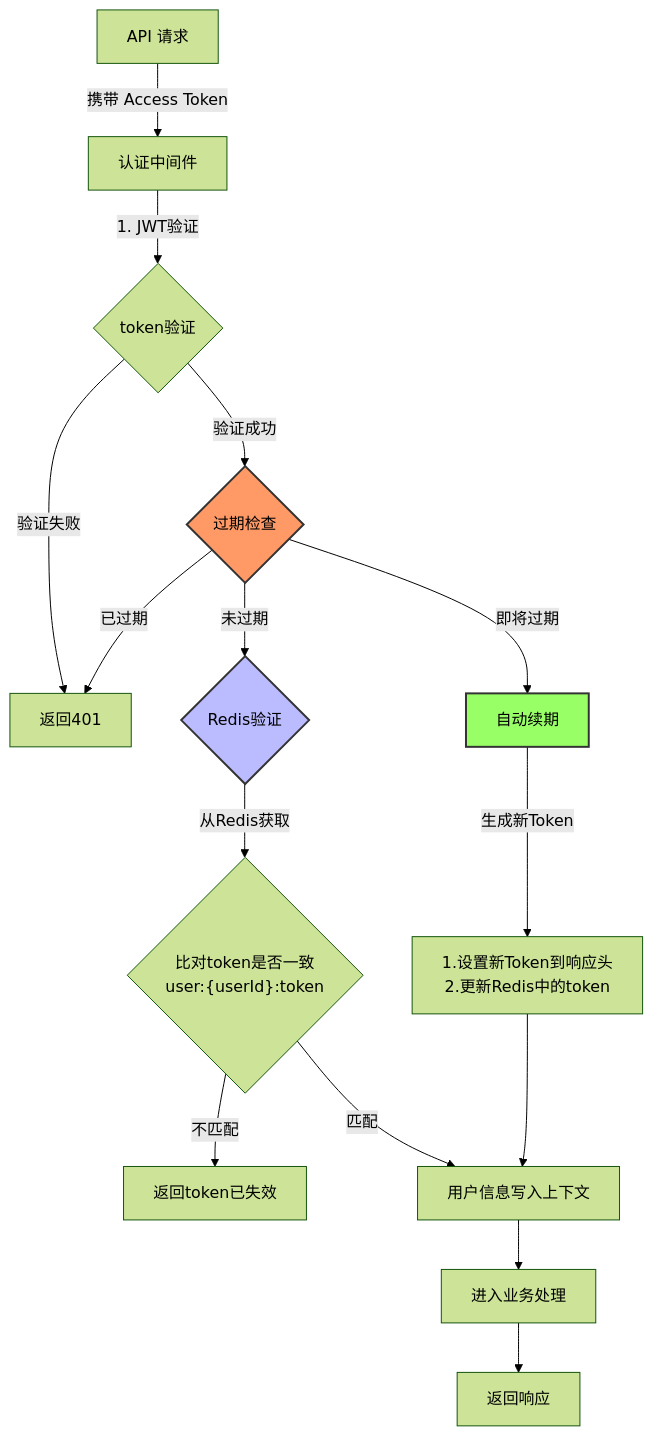
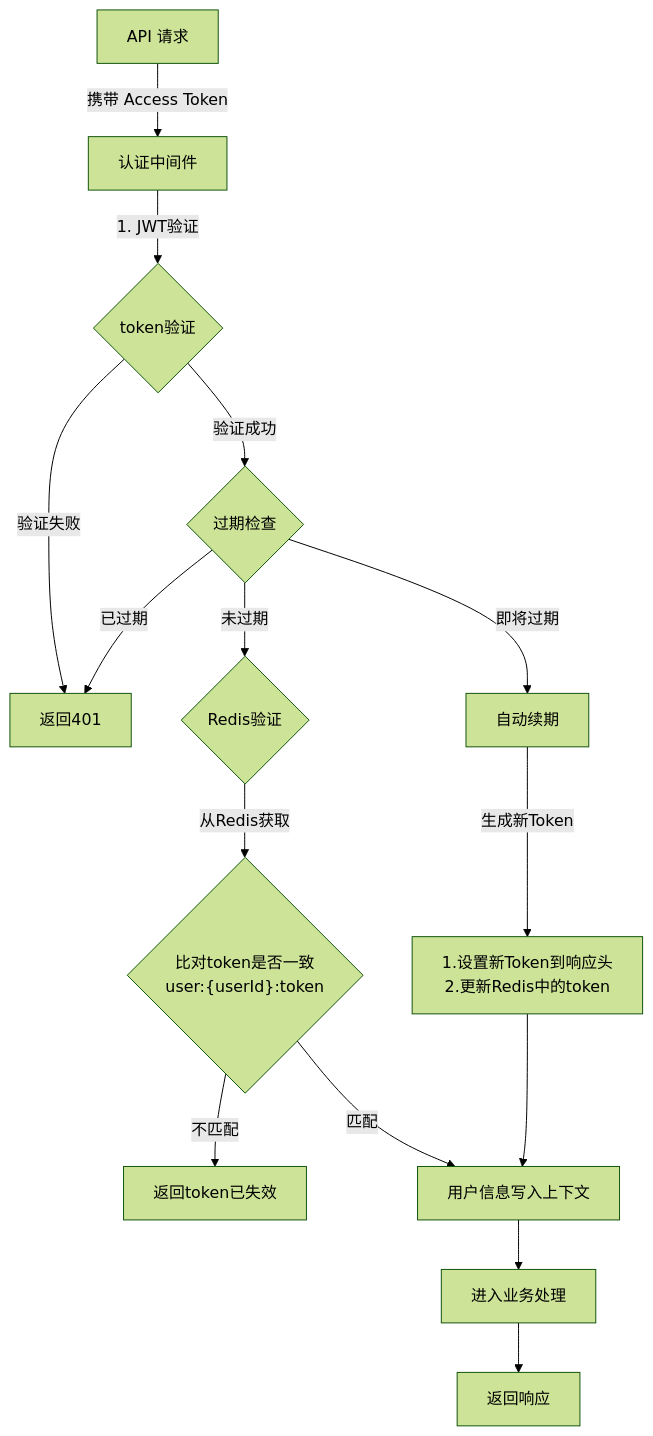
One commit to yingjianzh/iodraw-files changed the diagram in all/未命名-15.md. Above: the diagram before and after it, drawn with Mermaid (forest theme).

Commit message:
2025-01-03 10:56:45 update

````diff
--- a/all/未命名-15.md
+++ b/all/未命名-15.md
@@ -1,26 +1,24 @@
 ```mermaid
 flowchart TD
     A[API 请求] -->|携带 Access Token| B[认证中间件]
     B -->|1. JWT验证| C{token验证}
     C -->|验证失败| D[返回401]
     C -->|验证成功| F{过期检查}
     
     F -->|已过期| D
     F -->|即将过期| G[自动续期]
     F -->|未过期| H{Redis验证}
     
     H -->|从Redis获取| I{"比对token是否一致
     user:{userId}:token"}
     I -->|不匹配| J[返回token已失效]
     I -->|匹配| K[用户信息写入上下文]
     K --> L[进入业务处理]
     L --> N[返回响应]
     
     G -->|生成新Token| M["1.设置新Token到响应头
     2.更新Redis中的token"]
     M --> K
 
-    style F fill:#f96,stroke:#333,stroke-width:2px
-    style H fill:#bbf,stroke:#333,stroke-width:2px
-    style G fill:#9f6,stroke:#333,stroke-width:2px
+  
 ```
````
